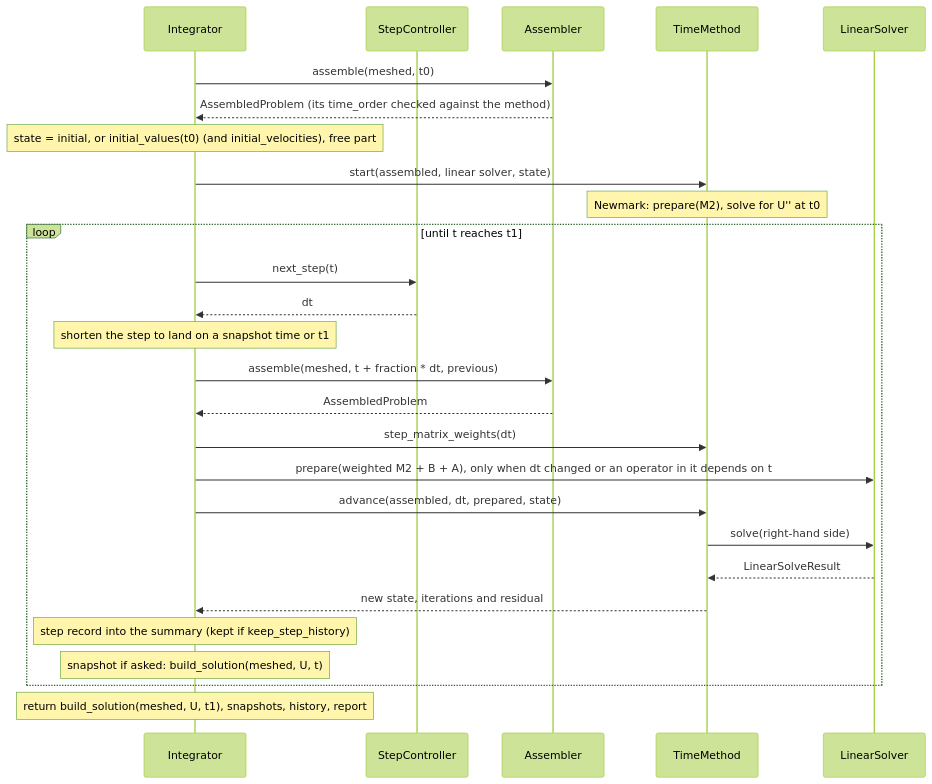
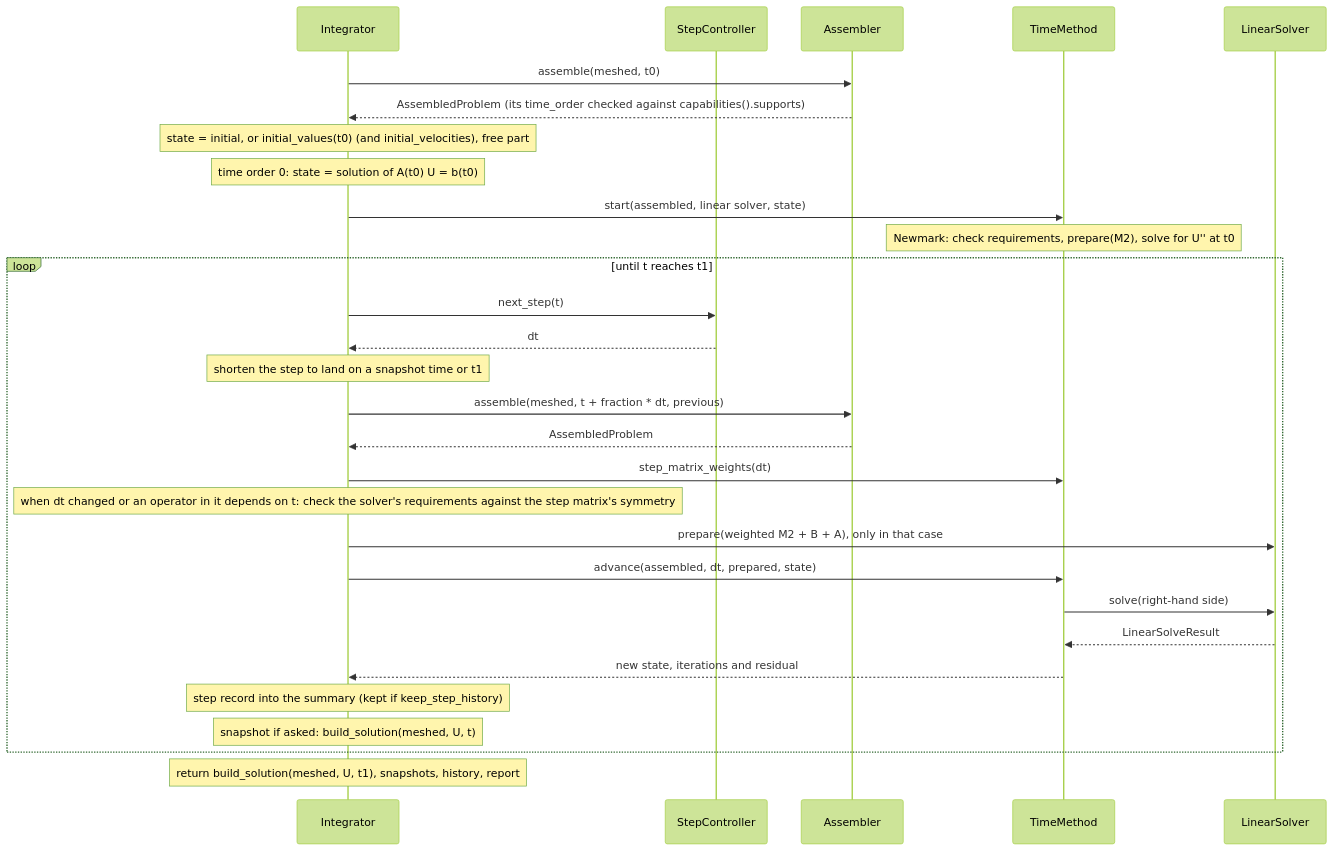
One commit to dmglushko/2d-pde changed the tenth of 11 diagrams in docs/architecture.md. Above: the diagram before and after it, drawn with Mermaid (forest theme). The commit also changed other lines of this file and 1 other file, not shown here.

First line of the commit message:
Document max_time_order, symmetry facts, solver requirements and time orders per method

````diff
--- a/docs/architecture.md
+++ b/docs/architecture.md
@@ -404,29 +411,31 @@
 ```mermaid
 sequenceDiagram
     participant I as Integrator
     participant C as StepController
     participant A as Assembler
     participant M as TimeMethod
     participant L as LinearSolver
     I->>A: assemble(meshed, t0)
-    A-->>I: AssembledProblem (its time_order checked against the method)
+    A-->>I: AssembledProblem (its time_order checked against capabilities().supports)
     Note over I: state = initial, or initial_values(t0) (and initial_velocities), free part
+    Note over I: time order 0: state = solution of A(t0) U = b(t0)
     I->>M: start(assembled, linear solver, state)
-    Note over M: Newmark: prepare(M2), solve for U'' at t0
+    Note over M: Newmark: check requirements, prepare(M2), solve for U'' at t0
     loop until t reaches t1
         I->>C: next_step(t)
         C-->>I: dt
         Note over I: shorten the step to land on a snapshot time or t1
         I->>A: assemble(meshed, t + fraction * dt, previous)
         A-->>I: AssembledProblem
         I->>M: step_matrix_weights(dt)
-        I->>L: prepare(weighted M2 + B + A), only when dt changed or an operator in it depends on t
+        Note over I: when dt changed or an operator in it depends on t: check the solver's requirements against the step matrix's symmetry
+        I->>L: prepare(weighted M2 + B + A), only in that case
         I->>M: advance(assembled, dt, prepared, state)
         M->>L: solve(right-hand side)
         L-->>M: LinearSolveResult
         M-->>I: new state, iterations and residual
         Note over I: step record into the summary (kept if keep_step_history)
         Note over I: snapshot if asked: build_solution(meshed, U, t)
     end
     Note over I: return build_solution(meshed, U, t1), snapshots, history, report
 ```
````
